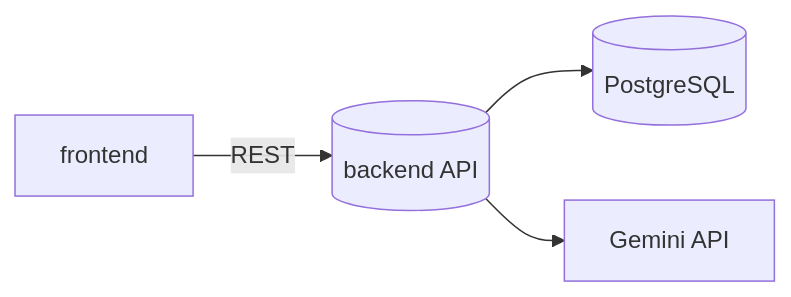
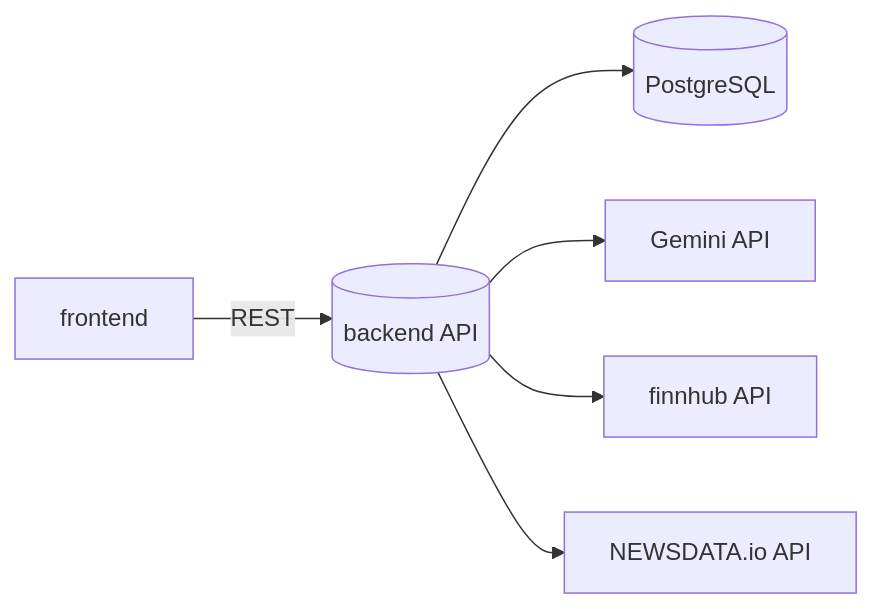
One commit to jinw00ch01/ROKEY_news changed the second of 2 diagrams in README.md. Above: the diagram before and after it, drawn with Mermaid. The commit also changed other lines of this file and 10 other files, not shown here.

First line of the commit message:
refactor: migrate from RSS to finnhub/NEWSDATA.io APIs

````diff
--- a/README.md
+++ b/README.md
@@ -42,6 +43,8 @@
 ```mermaid
 graph LR
   A[frontend] -->|REST| B[(backend API)]
   B --> C[(PostgreSQL)]
   B --> D[Gemini API]
+  B --> E[finnhub API]
+  B --> F[NEWSDATA.io API]
 ```
````
